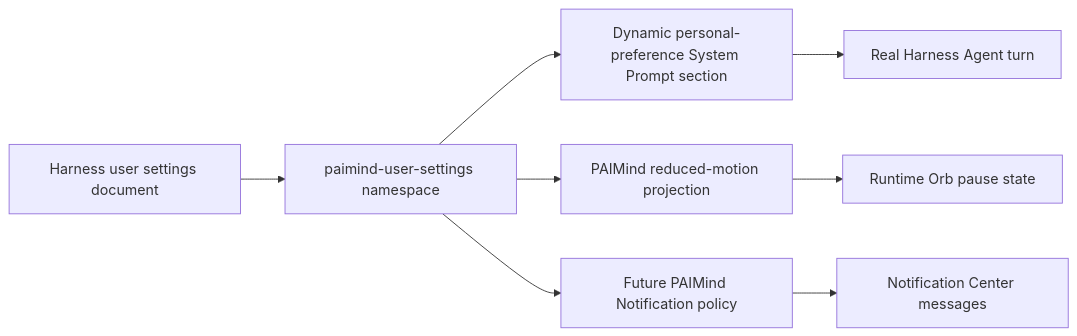
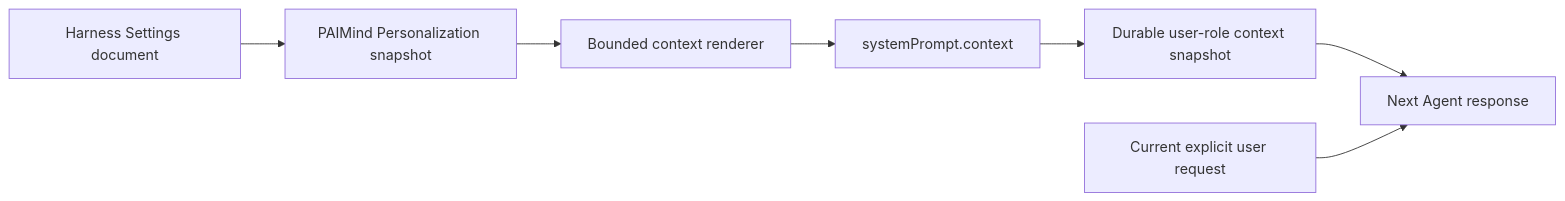
One commit to Hanyan179/paimind-harness-plugins changed the diagram in docs/plans/FP-14-user-settings.md. Above: the diagram before and after it, drawn with Mermaid. The commit also changed other lines of this file and 290 other files, not shown here.

Commit message:
feat: consolidate PAIMind Harness plugin suite

````diff
--- a/docs/plans/FP-14-user-settings.md
+++ b/docs/plans/FP-14-user-settings.md
@@ -37,10 +46,9 @@
 ```mermaid
 flowchart LR
-    S["Harness user settings document"] --> H["paimind-user-settings namespace"]
-    H --> P["Dynamic personal-preference System Prompt section"]
-    H --> M["PAIMind reduced-motion projection"]
-    H --> N["Future PAIMind Notification policy"]
-    P --> A["Real Harness Agent turn"]
-    M --> O["Runtime Orb pause state"]
-    N --> C["Notification Center messages"]
+    S["Harness Settings document"] --> P["PAIMind Personalization snapshot"]
+    P --> R["Bounded context renderer"]
+    R --> C["systemPrompt.context"]
+    C --> D["Durable user-role context snapshot"]
+    D --> A["Next Agent response"]
+    U["Current explicit user request"] --> A
 ```
````
